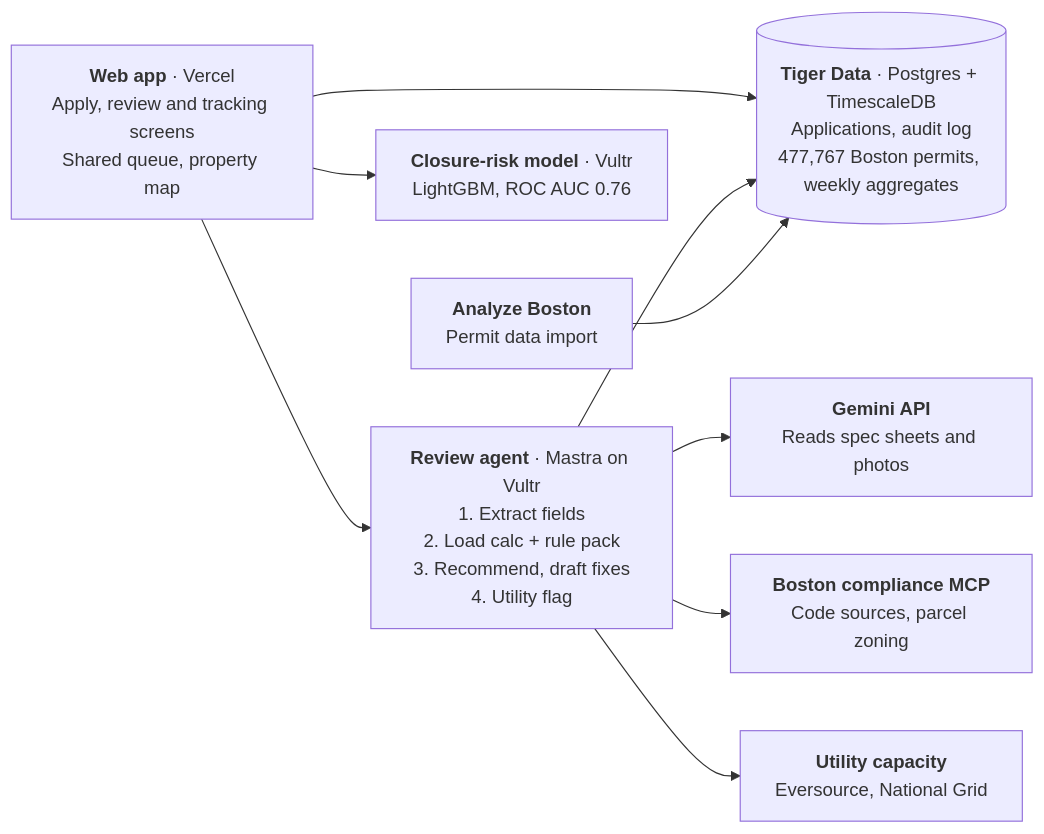
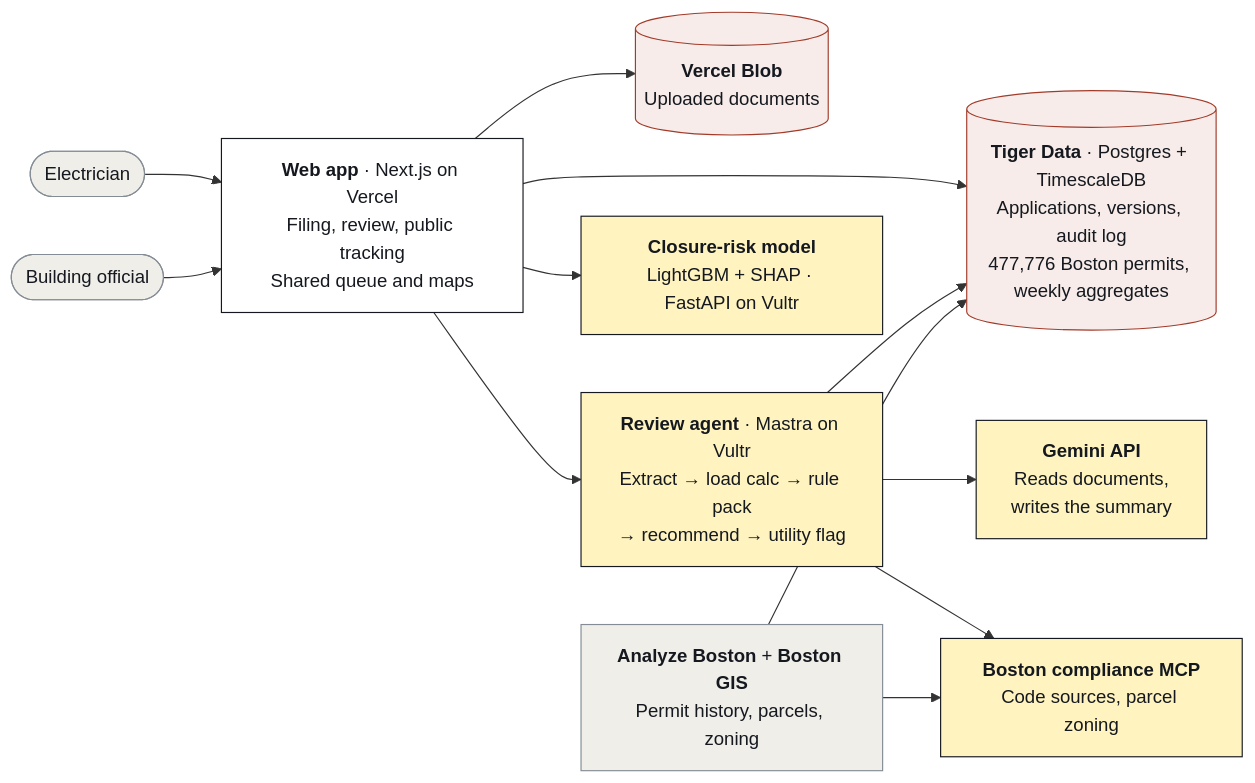
The first of 2 diagrams in README.md (njsaxena/PermitPike), drawn with Mermaid before and after one commit. The commit also changed other lines of this file and 10 other files, not shown here.

First line of the commit message:
README: problem and solution up front, screenshots, diagrams, numbers for every component

````diff
--- a/README.md
+++ b/README.md
@@ -32,20 +147,30 @@
 ```mermaid
 flowchart LR
-  web["<b>Web app</b> · Vercel<br/>Apply, review and tracking screens<br/>Shared queue, property map"]
-  agent["<b>Review agent</b> · Mastra on Vultr<br/>1. Extract fields<br/>2. Load calc + rule pack<br/>3. Recommend, draft fixes<br/>4. Utility flag"]
-  db[("<b>Tiger Data</b> · Postgres + TimescaleDB<br/>Applications, audit log<br/>477,767 Boston permits, weekly aggregates")]
-  gemini["<b>Gemini API</b><br/>Reads spec sheets and photos"]
-  mcp["<b>Boston compliance MCP</b><br/>Code sources, parcel zoning"]
-  utility["<b>Utility capacity</b><br/>Eversource, National Grid"]
-  risk["<b>Closure-risk model</b> · Vultr<br/>LightGBM, ROC AUC 0.76"]
-  boston["<b>Analyze Boston</b><br/>Permit data import"]
+  classDef app fill:#FFFFFF,stroke:#15191F,color:#15191F
+  classDef ai fill:#FFF4BF,stroke:#15191F,color:#15191F
+  classDef data fill:#F7ECE9,stroke:#A23B2A,color:#15191F
+  classDef ext fill:#EFEEE9,stroke:#848C95,color:#15191F
 
+  electrician(["Electrician"]):::ext
+  official(["Building official"]):::ext
+  web["<b>Web app</b> · Next.js on Vercel<br/>Filing, review, public tracking<br/>Shared queue and maps"]:::app
+  blob[("<b>Vercel Blob</b><br/>Uploaded documents")]:::data
+  agent["<b>Review agent</b> · Mastra on Vultr<br/>Extract → load calc → rule pack<br/>→ recommend → utility flag"]:::ai
+  gemini["<b>Gemini API</b><br/>Reads documents,<br/>writes the summary"]:::ai
+  mcp["<b>Boston compliance MCP</b><br/>Code sources, parcel zoning"]:::ai
+  risk["<b>Closure-risk model</b><br/>LightGBM + SHAP · FastAPI on Vultr"]:::ai
+  db[("<b>Tiger Data</b> · Postgres + TimescaleDB<br/>Applications, versions, audit log<br/>477,776 Boston permits, weekly aggregates")]:::data
+  boston["<b>Analyze Boston</b> + <b>Boston GIS</b><br/>Permit history, parcels, zoning"]:::ext
+
+  electrician --> web
+  official --> web
+  web --> blob
+  web --> db
   web --> agent
-  web --> db
   web --> risk
-  agent --> db
   agent --> gemini
   agent --> mcp
-  agent --> utility
+  agent --> db
   boston --> db
+  boston --> mcp
 ```
````
